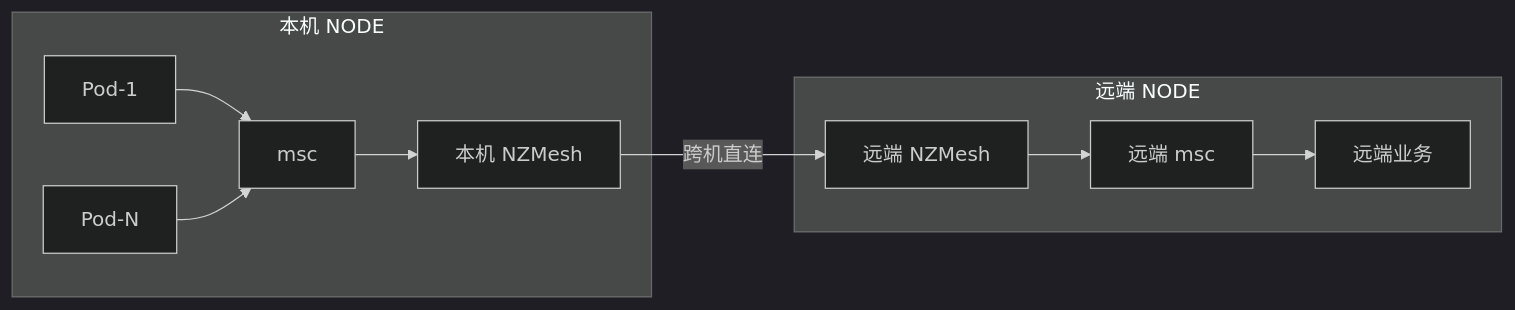
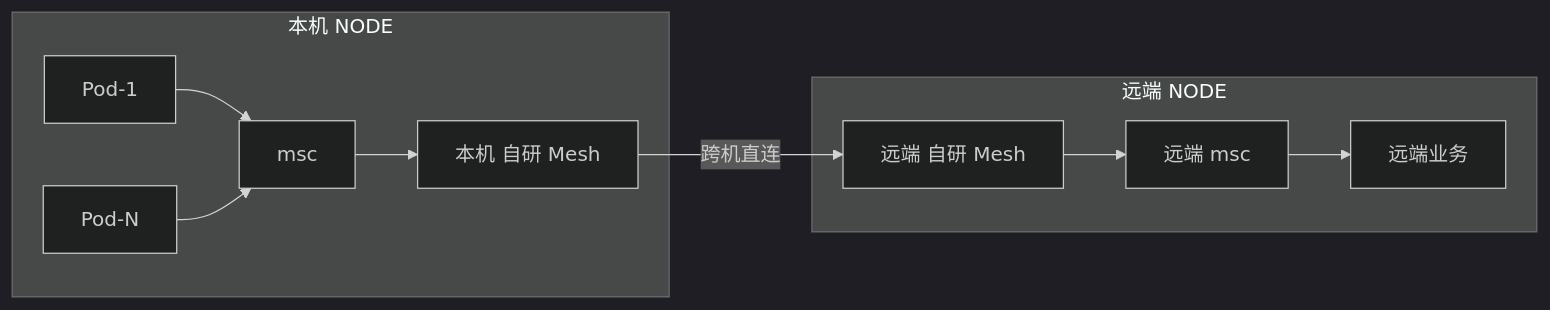
The diagram in docs/game-infra/nzmesh-k8s.md (m9rco/interview), drawn with Mermaid (dark theme) before and after one commit. The commit also changed other lines of this file and 15 other files, not shown here.

````diff
--- a/docs/game-infra/nzmesh-k8s.md
+++ b/docs/game-infra/nzmesh-k8s.md
@@ -30,12 +30,12 @@
 ```mermaid
 flowchart LR
   subgraph NodeA[本机 NODE]
     P1[Pod-1] --> MSCA[msc]
     P2[Pod-N] --> MSCA
-    MSCA --> MA[本机 NZMesh]
+    MSCA --> MA[本机 自研 Mesh]
   end
   subgraph NodeB[远端 NODE]
-    MB[远端 NZMesh] --> MSCB[远端 msc] --> BIZ[远端业务]
+    MB[远端 自研 Mesh] --> MSCB[远端 msc] --> BIZ[远端业务]
   end
   MA -->|跨机直连| MB
 ```
````
